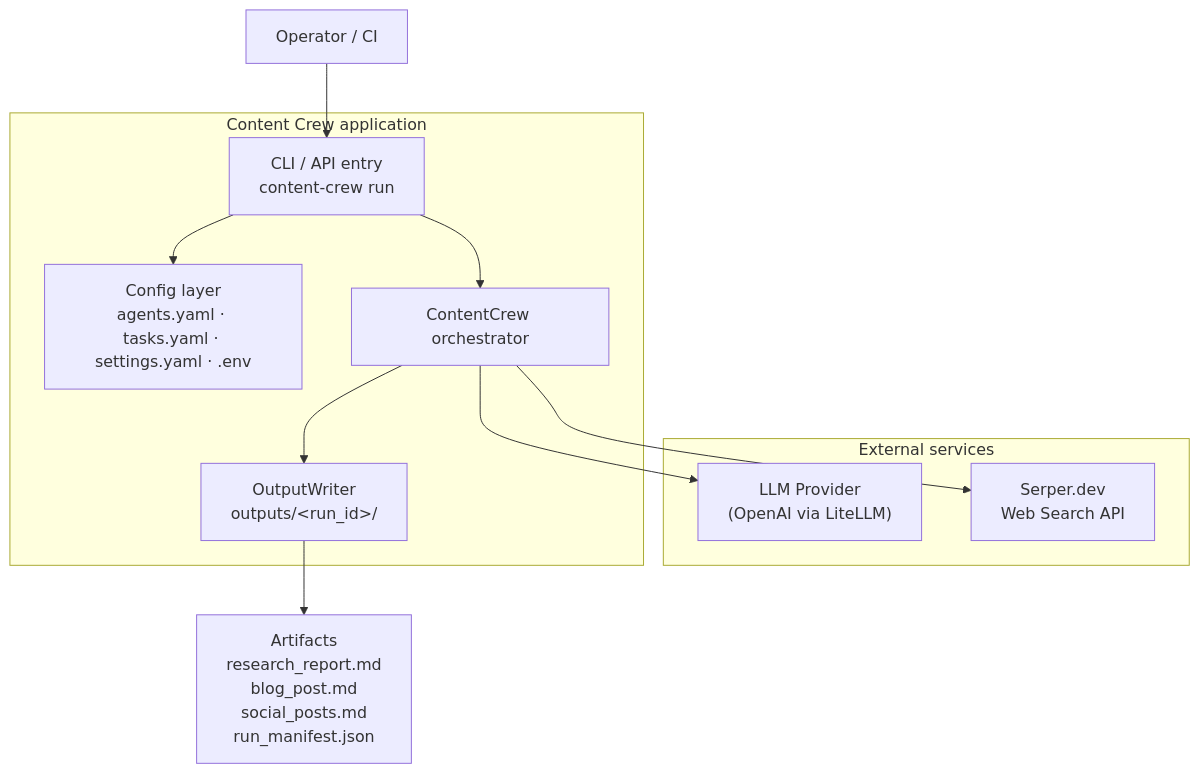
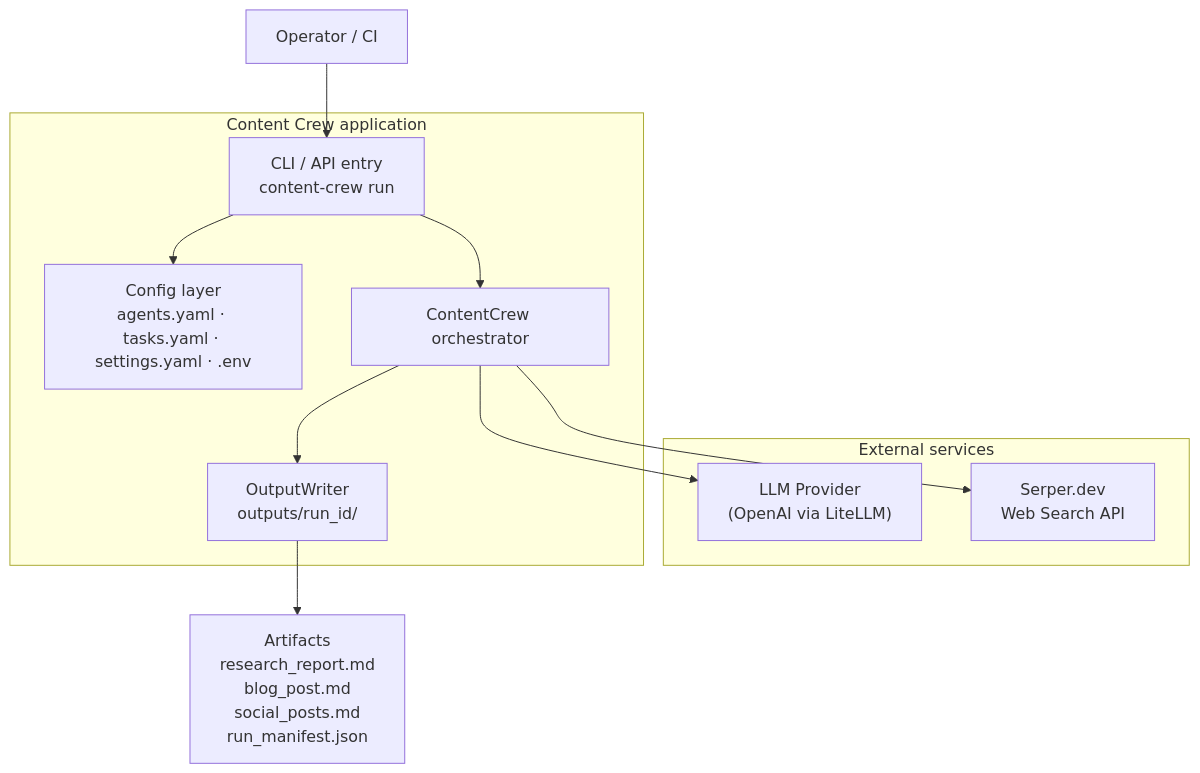
Before and after one commit to sty0331us/Multi-Agents-on-CrewAI: the first of 5 diagrams in README.md, drawn with Mermaid. The commit also changed other lines of this file, not shown here.

First line of the commit message:
fix(docs): make README sequence diagram GitHub Mermaid compatible

````diff
--- a/README.md
+++ b/README.md
@@ -28,22 +28,22 @@
 ```mermaid
 flowchart TB
   subgraph External["External services"]
     LLM["LLM Provider<br/>(OpenAI via LiteLLM)"]
     SERPER["Serper.dev<br/>Web Search API"]
   end
 
   subgraph App["Content Crew application"]
     CLI["CLI / API entry<br/>content-crew run"]
     CFG["Config layer<br/>agents.yaml · tasks.yaml · settings.yaml · .env"]
     ORCH["ContentCrew orchestrator"]
-    OUT["OutputWriter<br/>outputs/&lt;run_id&gt;/"]
+    OUT["OutputWriter<br/>outputs/run_id/"]
   end
 
   USER["Operator / CI"] --> CLI
   CLI --> CFG
   CLI --> ORCH
   ORCH --> LLM
   ORCH --> SERPER
   ORCH --> OUT
   OUT --> ART["Artifacts<br/>research_report.md<br/>blog_post.md<br/>social_posts.md<br/>run_manifest.json"]
 ```
````
